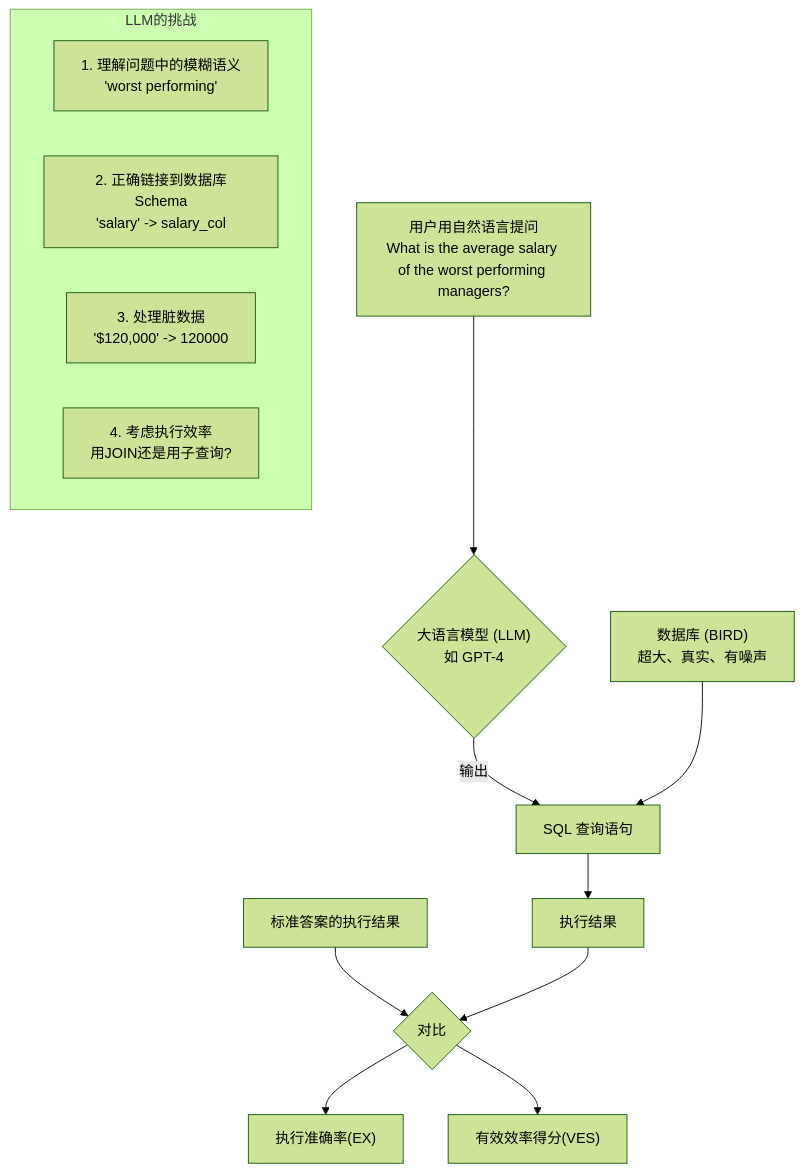
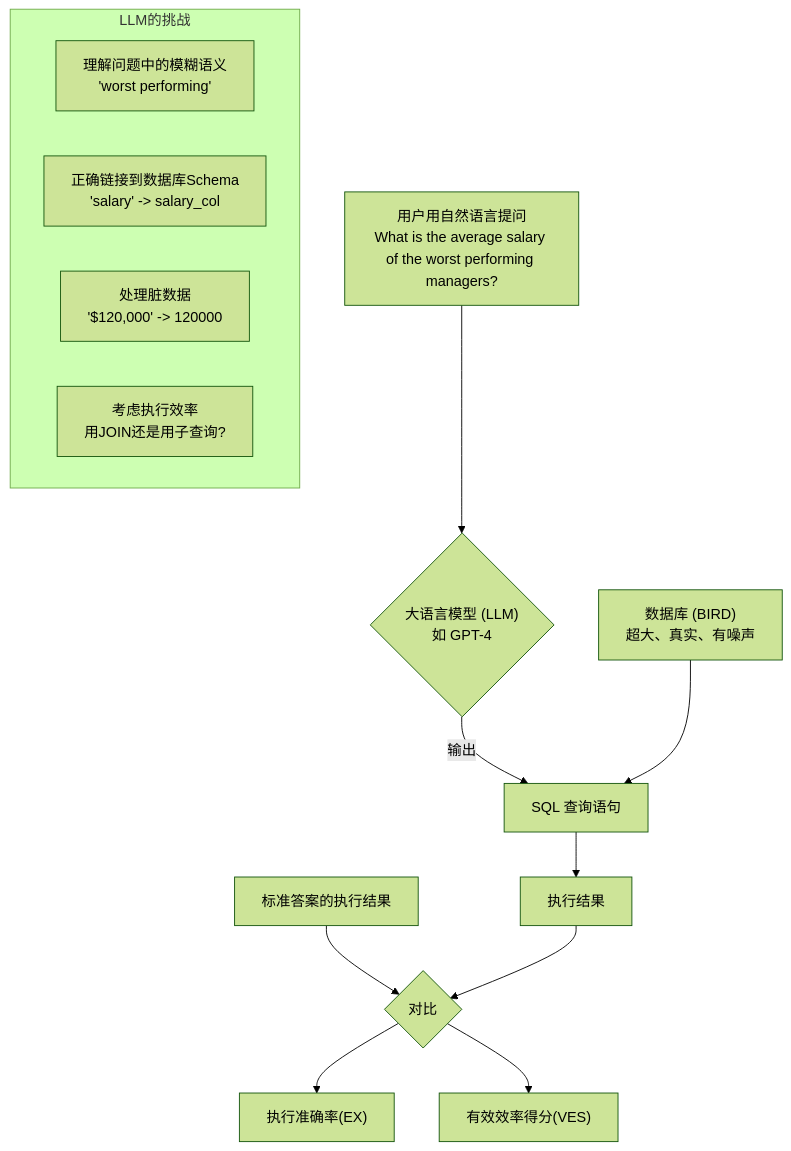
The second of 5 diagrams in 202506/20250618_01.md (digoal/blog), drawn with Mermaid (forest theme) before and after one commit.

````diff
--- a/202506/20250618_01.md
+++ b/202506/20250618_01.md
@@ -134,21 +134,21 @@
 ```mermaid
 flowchart TD
      A["用户用自然语言提问<br/>What is the average salary of the worst performing managers?"  ] --> B{"大语言模型 (LLM)<br/>如 GPT-4"};
 
     subgraph "LLM的挑战"
-        C[1. 理解问题中的模糊语义<br/>'worst performing']
-        D[2. 正确链接到数据库Schema<br/>'salary' -> salary_col]
-        E[3.  处理脏数据<br/>'$120,000' -> 120000  ]
-        F[4.  考虑执行效率<br/>用JOIN还是用子查询?  ]
+        C[理解问题中的模糊语义<br/>'worst performing']
+        D[正确链接到数据库Schema<br/>'salary' -> salary_col]
+        E[处理脏数据<br/>'$120,000' -> 120000]
+        F[考虑执行效率<br/>用JOIN还是用子查询?]
     end
     
     B --> |输出| G[SQL 查询语句];
     H["数据库 (BIRD)<br/>超大、真实、有噪声"] --> G;
     G --> I[执行结果];
     
     J[标准答案的执行结果] --> K{对比};
     I --> K;
     
     K --> L["执行准确率(EX)"];
     K --> M["有效效率得分(VES)"];
 ```
````
